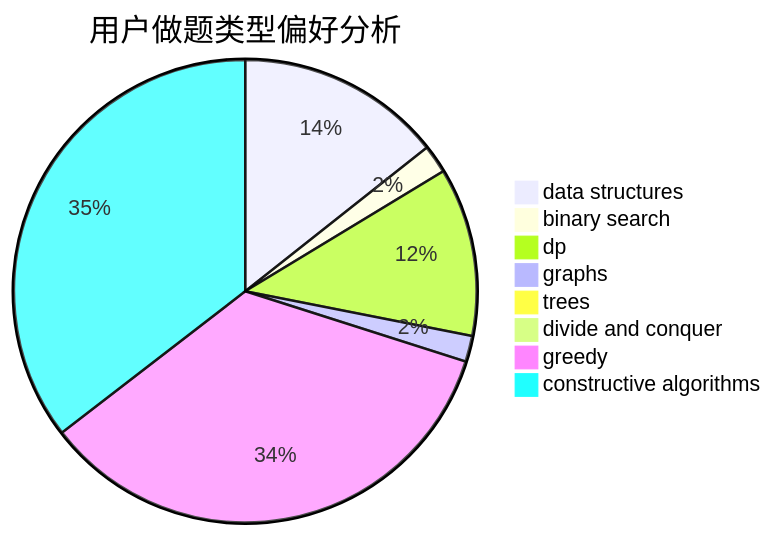
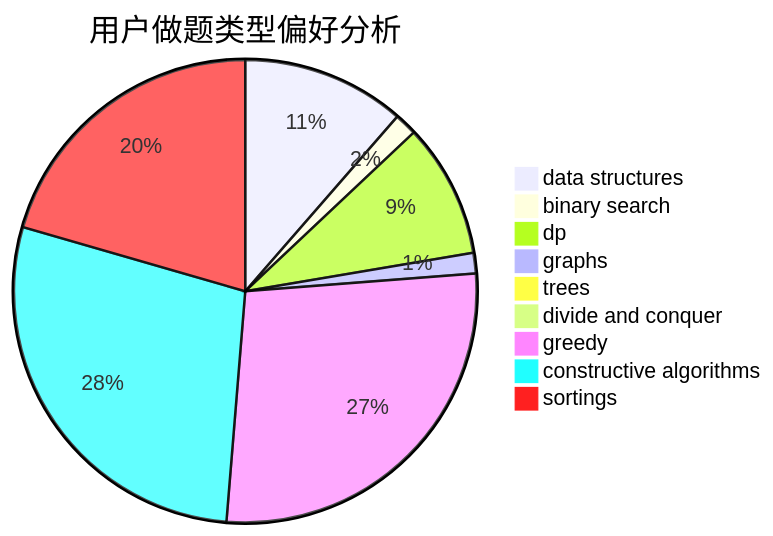
Before and after one commit to sherpahu/cfrs.github.io: the second of 3 diagrams in docs/user/u1521.md, drawn with Mermaid. The commit also changed other lines of this file and 2769 other files, not shown here.

````diff
--- a/docs/user/u1521.md
+++ b/docs/user/u1521.md
@@ -23,11 +18,12 @@
 ```mermaid
 pie title 用户做题类型偏好分析
     "data structures" :  246
     "binary search" :  34
     "dp" :  202
     "graphs" :  31
     "trees" :  14
     "divide and conquer" :  1
     "greedy" :  594
     "constructive algorithms" :  608
+    "sortings" :  443
 ```
````
